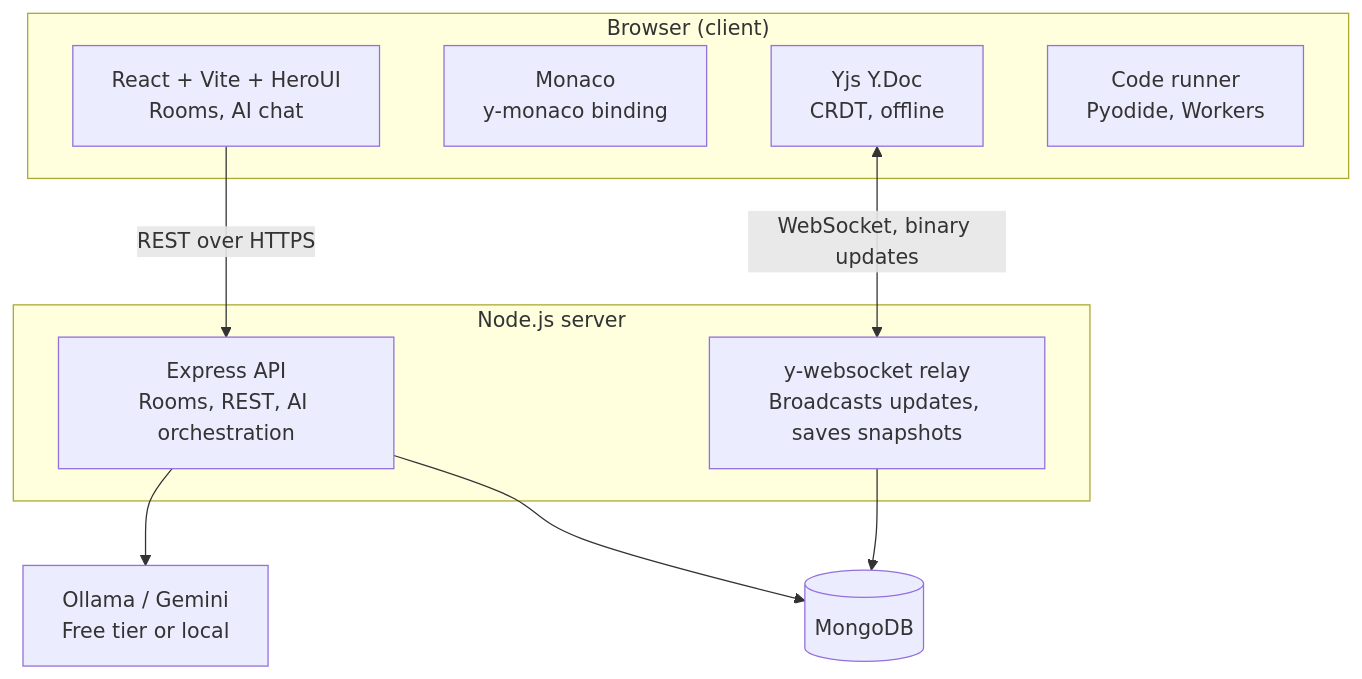
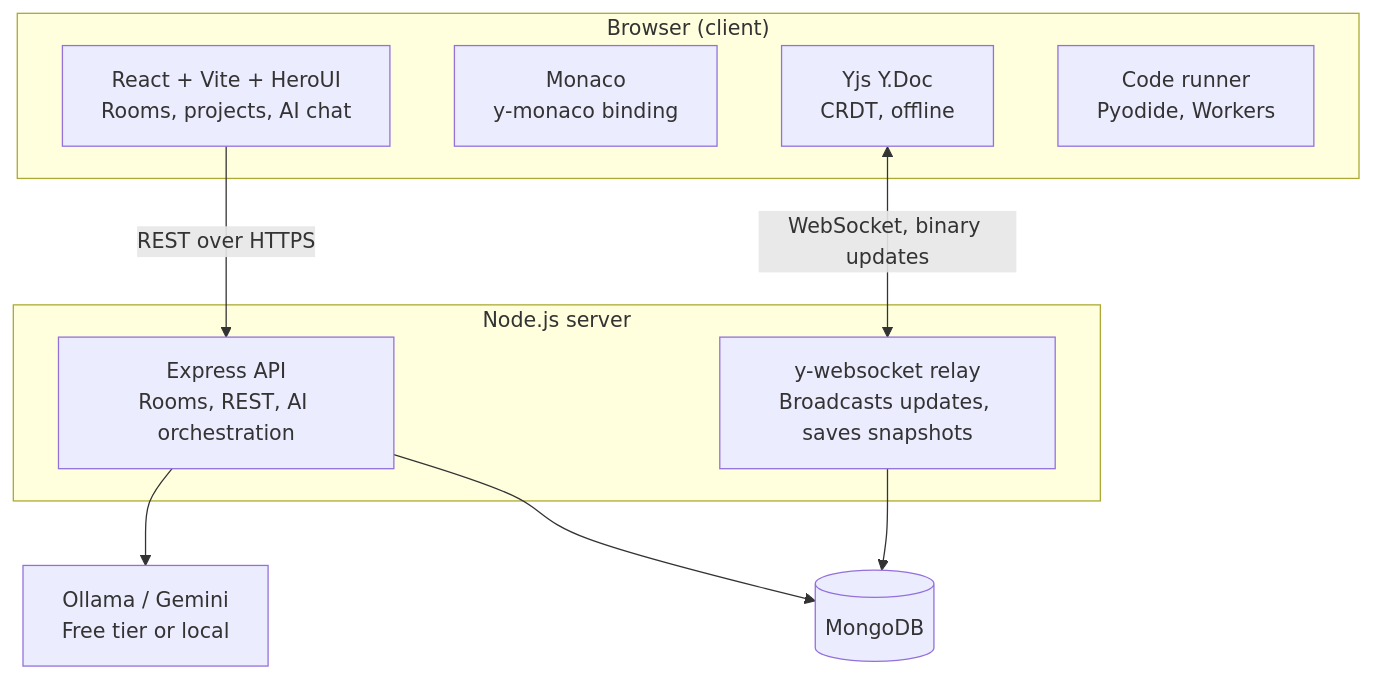
Before and after one commit to pavankumar-2005/octocode: the diagram in README.md, drawn with Mermaid. The commit also changed other lines of this file and 33 other files, not shown here.

````diff
--- a/README.md
+++ b/README.md
@@ -50,23 +53,23 @@
 ```mermaid
 flowchart TB
   subgraph Browser["Browser (client)"]
-    UI["React + Vite + HeroUI<br/>Rooms, AI chat"]
+    UI["React + Vite + HeroUI<br/>Rooms, projects, AI chat"]
     Monaco["Monaco<br/>y-monaco binding"]
     Ydoc["Yjs Y.Doc<br/>CRDT, offline"]
     Runner["Code runner<br/>Pyodide, Workers"]
   end
 
   subgraph Server["Node.js server"]
     API["Express API<br/>Rooms, REST, AI orchestration"]
     WS["y-websocket relay<br/>Broadcasts updates, saves snapshots"]
   end
 
   LLM["Ollama / Gemini<br/>Free tier or local"]
   DB[("MongoDB")]
 
   UI -- "REST over HTTPS" --> API
   Ydoc <-- "WebSocket, binary updates" --> WS
   API --> LLM
   API --> DB
   WS --> DB
 ```
````
